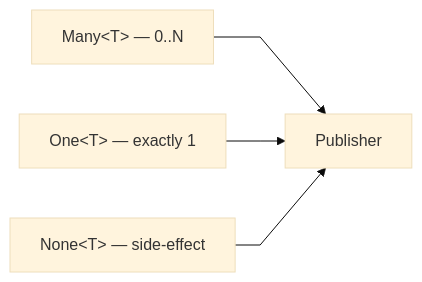
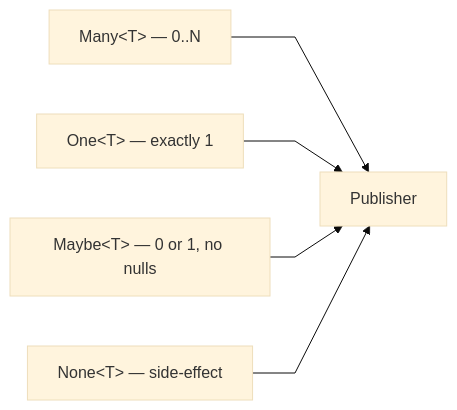
One commit to OyabunAB/aelv changed the first of 3 diagrams in README.md. Above: the diagram before and after it, drawn with Mermaid (base theme). The commit also changed other lines of this file and 10 other files, not shown here.

````diff
--- a/README.md
+++ b/README.md
@@ -28,7 +28,8 @@
 ```mermaid
 %%{init: {'flowchart': {'curve': 'linear'}}}%%
 flowchart LR
     Many["Many&lt;T&gt; — 0..N"] --> P[Publisher]
     One["One&lt;T&gt; — exactly 1"] --> P
+    Maybe["Maybe&lt;T&gt; — 0 or 1, no nulls"] --> P
     None["None&lt;T&gt; — side-effect"] --> P
 ```
````
